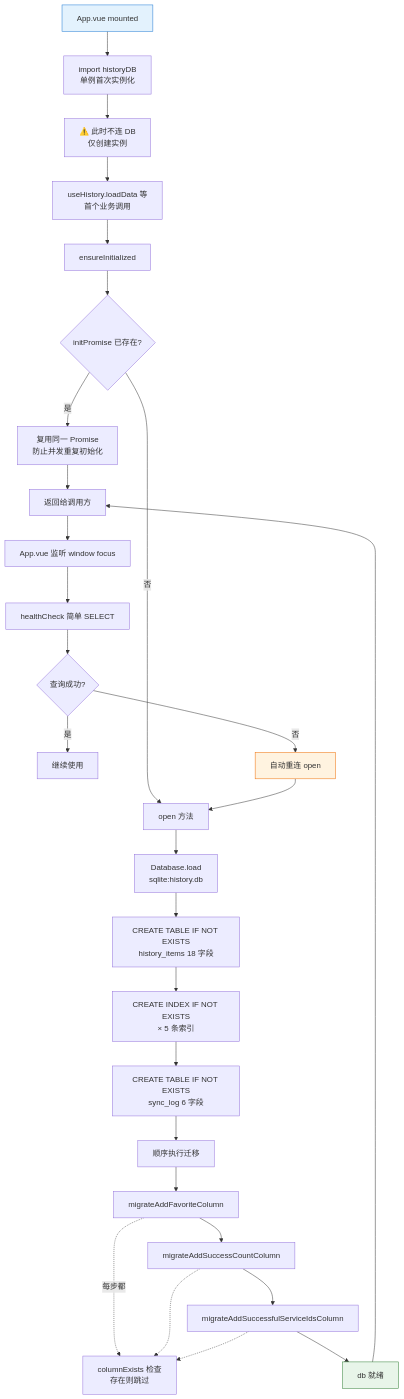
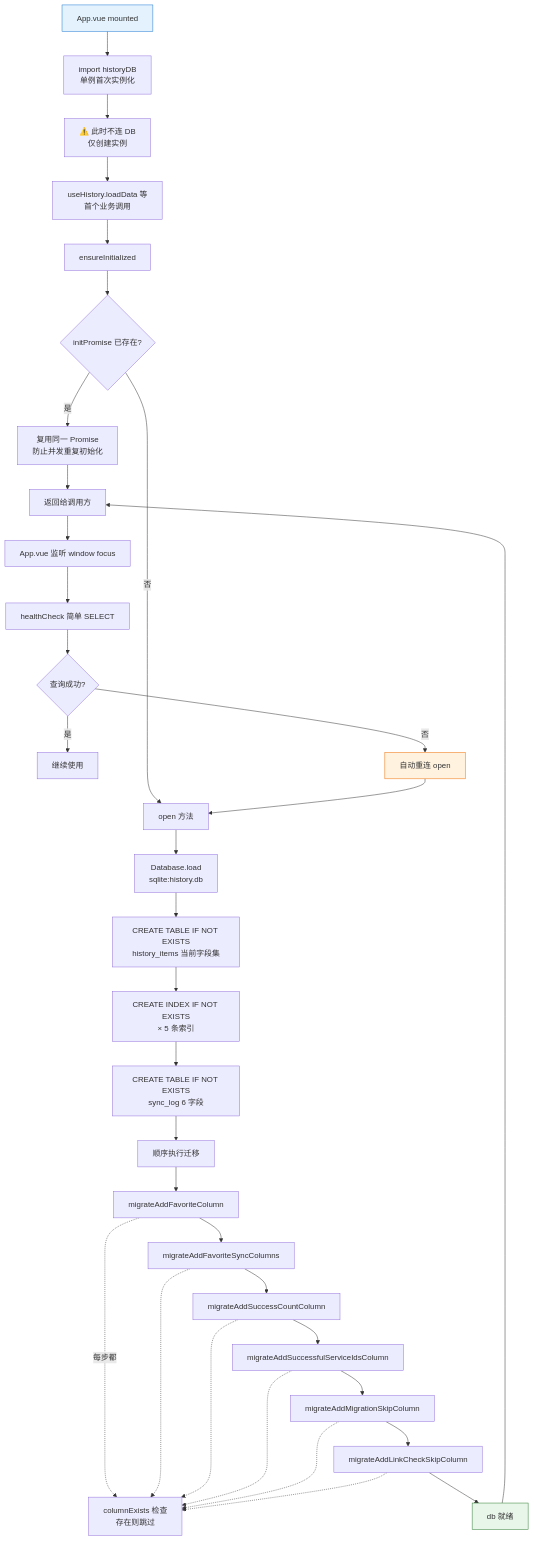
The first of 5 diagrams in docs/flows/db-migration-flow.md (joeyliu6/PicNexus), drawn with Mermaid before and after one commit. The commit also changed other lines of this file and 22 other files, not shown here.

Commit message:
feat(sync): sync favorite state metadata

````diff
--- a/docs/flows/db-migration-flow.md
+++ b/docs/flows/db-migration-flow.md
@@ -21,41 +21,47 @@
 ```mermaid
 flowchart TD
     A[App.vue mounted] --> B[import historyDB<br/>单例首次实例化]
     B --> B1[⚠️ 此时不连 DB<br/>仅创建实例]
 
     B1 --> C[useHistory.loadData 等<br/>首个业务调用]
     C --> D[ensureInitialized]
     D --> E{initPromise 已存在?}
     E -- 是 --> E1[复用同一 Promise<br/>防止并发重复初始化]
     E -- 否 --> F[open 方法]
 
     F --> F1[Database.load<br/>sqlite:history.db]
-    F1 --> F2[CREATE TABLE IF NOT EXISTS<br/>history_items 18 字段]
+    F1 --> F2[CREATE TABLE IF NOT EXISTS<br/>history_items 当前字段集]
     F2 --> F3[CREATE INDEX IF NOT EXISTS<br/>× 5 条索引]
     F3 --> F4[CREATE TABLE IF NOT EXISTS<br/>sync_log 6 字段]
 
     F4 --> G[顺序执行迁移]
     G --> G1[migrateAddFavoriteColumn]
-    G1 --> G2[migrateAddSuccessCountColumn]
-    G2 --> G3[migrateAddSuccessfulServiceIdsColumn]
+    G1 --> G2[migrateAddFavoriteSyncColumns]
+    G2 --> G3[migrateAddSuccessCountColumn]
+    G3 --> G4[migrateAddSuccessfulServiceIdsColumn]
+    G4 --> G5[migrateAddMigrationSkipColumn]
+    G5 --> G6[migrateAddLinkCheckSkipColumn]
 
     G1 -.每步都.-> CK[columnExists 检查<br/>存在则跳过]
     G2 -.-> CK
     G3 -.-> CK
+    G4 -.-> CK
+    G5 -.-> CK
+    G6 -.-> CK
 
-    G3 --> H[db 就绪]
+    G6 --> H[db 就绪]
     H --> I[返回给调用方]
     E1 --> I
 
     %% 健康检查
     I --> J[App.vue 监听 window focus]
     J --> K[healthCheck 简单 SELECT]
     K --> L{查询成功?}
     L -- 是 --> L1[继续使用]
     L -- 否 --> L2[自动重连 open]
     L2 --> F
 
     style A fill:#e3f2fd,stroke:#1976d2
     style H fill:#e8f5e9,stroke:#2e7d32
     style L2 fill:#fff3e0,stroke:#ef6c00
 ```
````
